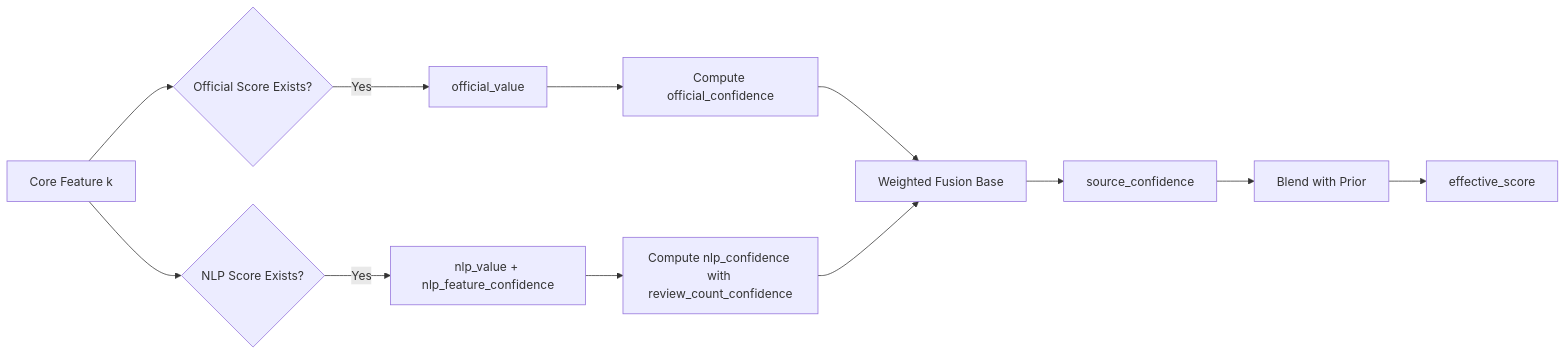
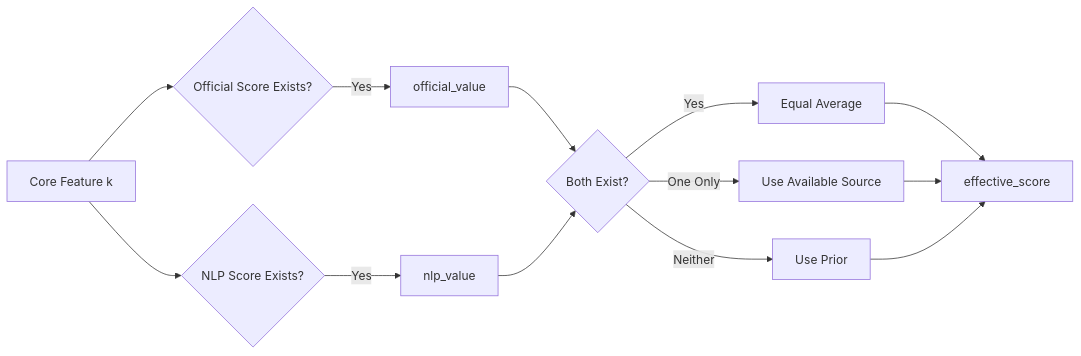
One commit to Liwei1020T/fyp_utar changed the second of 3 diagrams in backend/docs/recommendation-design.md. Above: the diagram before and after it, drawn with Mermaid. The commit also changed other lines of this file and 71 other files, not shown here.

Commit message:
refactor: simplify recommendation scoring architecture

````diff
--- a/backend/docs/recommendation-design.md
+++ b/backend/docs/recommendation-design.md
@@ -98,14 +98,15 @@
 ```mermaid
 flowchart LR
     A[Core Feature k] --> B{Official Score Exists?}
     A --> C{NLP Score Exists?}
     B -->|Yes| D[official_value]
-    C -->|Yes| E[nlp_value + nlp_feature_confidence]
-    D --> F[Compute official_confidence]
-    E --> G[Compute nlp_confidence with review_count_confidence]
-    F --> H[Weighted Fusion Base]
-    G --> H
-    H --> I[source_confidence]
-    I --> J[Blend with Prior]
-    J --> K[effective_score]
+    C -->|Yes| E[nlp_value]
+    D --> F{Both Exist?}
+    E --> F
+    F -->|Yes| G[Equal Average]
+    F -->|One Only| H[Use Available Source]
+    F -->|Neither| I[Use Prior]
+    G --> J[effective_score]
+    H --> J
+    I --> J
 ```
````
